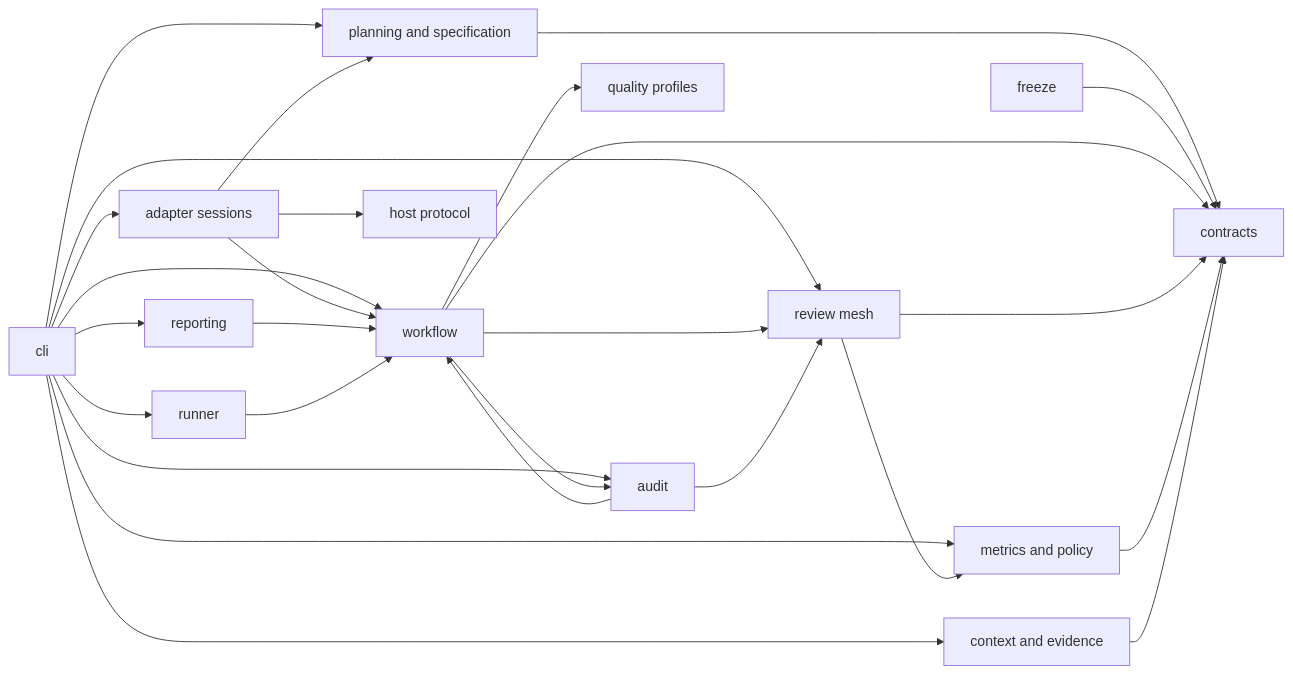
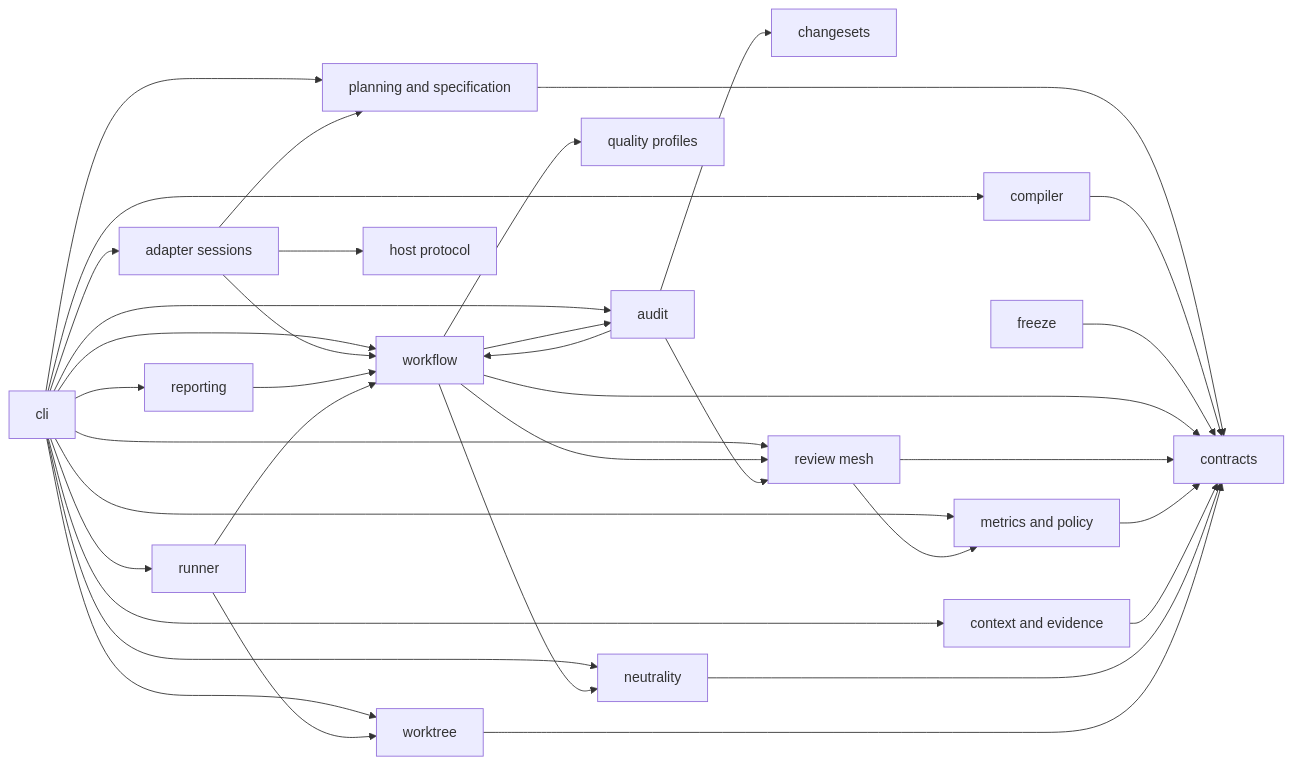
Before and after one commit to avksp/agent-lifecycle-kit: the fourth of 12 diagrams in docs/architecture/system-architecture.md, drawn with Mermaid. The commit also changed other lines of this file and 4 other files, not shown here.

Commit message:
docs: update architecture and comparison docs

````diff
--- a/docs/architecture/system-architecture.md
+++ b/docs/architecture/system-architecture.md
@@ -144,44 +144,57 @@
 ```mermaid
 flowchart LR
   cli[cli]
   contracts[contracts]
+  changesets[changesets]
+  compiler[compiler]
   planning[planning and specification]
   freeze[freeze]
   workflow[workflow]
   audit[audit]
   adapter_sessions[adapter sessions]
   host_protocol[host protocol]
   review_mesh[review mesh]
   reporting[reporting]
   metrics[metrics and policy]
   context[context and evidence]
   quality[quality profiles]
+  neutrality[neutrality]
   runner[runner]
+  worktree[worktree]
 
   cli --> planning
+  cli --> compiler
   cli --> workflow
   cli --> audit
   cli --> adapter_sessions
   cli --> review_mesh
   cli --> reporting
   cli --> metrics
   cli --> context
+  cli --> neutrality
   cli --> runner
+  cli --> worktree
   planning --> contracts
+  compiler --> contracts
   freeze --> contracts
   workflow --> contracts
   workflow --> audit
   workflow --> quality
   workflow --> review_mesh
+  workflow --> neutrality
   adapter_sessions --> workflow
   adapter_sessions --> host_protocol
   adapter_sessions --> planning
   review_mesh --> contracts
   review_mesh --> metrics
   audit --> workflow
+  audit --> changesets
   audit --> review_mesh
   reporting --> workflow
   metrics --> contracts
   context --> contracts
+  neutrality --> contracts
   runner --> workflow
+  runner --> worktree
+  worktree --> contracts
 ```
````
